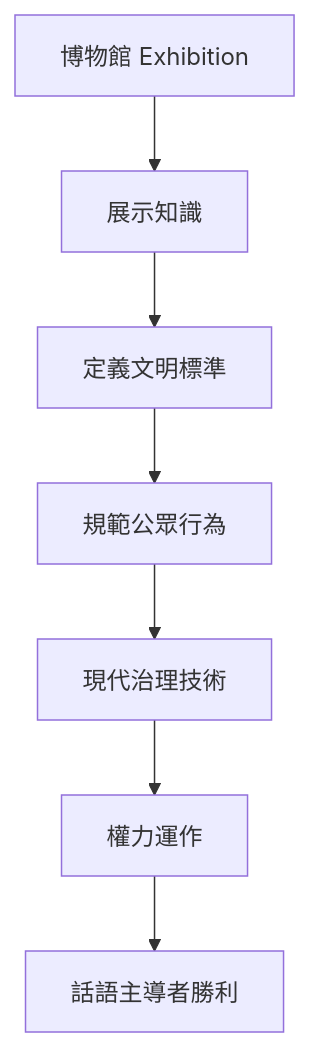
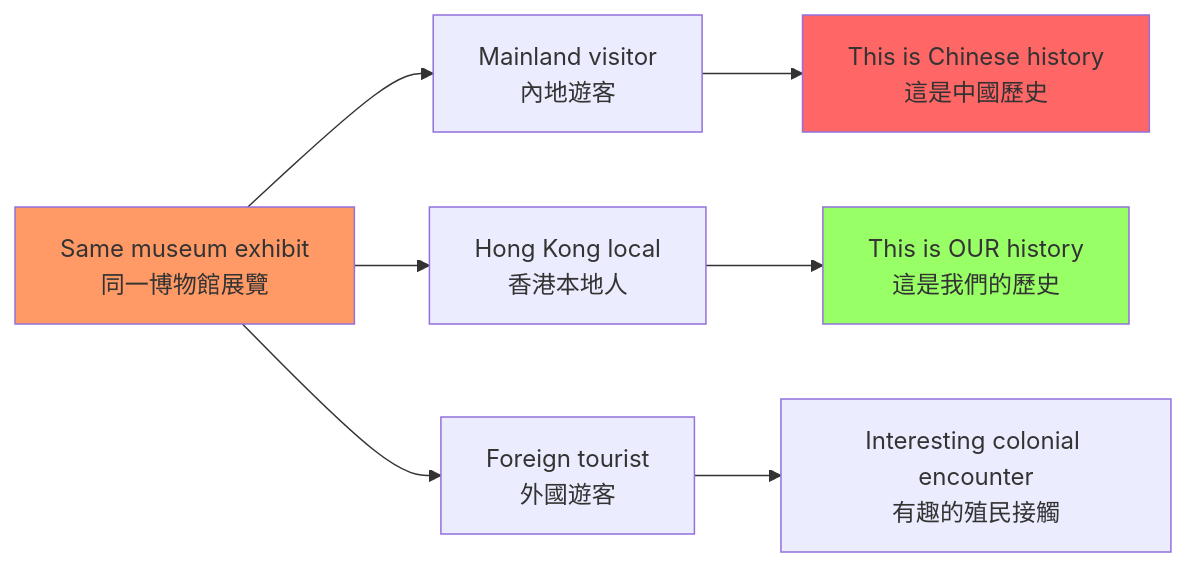
Before and after one commit to yip-lgtm/HKU-Harvard-History-Self-Study: the third of 5 diagrams in 01_HKU_Courses/HIST4033_Museum_and_History.md, drawn with Mermaid. The commit also changed other lines of this file and 25 other files, not shown here.

````diff
--- a/01_HKU_Courses/HIST4033_Museum_and_History.md
+++ b/01_HKU_Courses/HIST4033_Museum_and_History.md
@@ -165,9 +152,14 @@
 ```mermaid
-flowchart TD
-    A[博物館 Exhibition] --> B[展示知識]
-    B --> C[定義文明標準]
-    C --> D[規範公眾行為]
-    D --> E[現代治理技術]
-    E --> F[權力運作]
-    F --> G[話語主導者勝利]
+graph LR
+    A[Same museum exhibit<br/>同一博物館展覽] --> B[Mainland visitor<br/>內地遊客]
+    A --> C[Hong Kong local<br/>香港本地人]
+    A --> D[Foreign tourist<br/>外國遊客]
+    
+    B --> B1["This is Chinese history"<br/>這是中國歷史]
+    C --> C1["This is OUR history"<br/>這是我們的歷史]
+    D --> D1["Interesting colonial encounter"<br/>有趣的殖民接觸]
+    
+    style A fill:#f96
+    style B1 fill:#f66
+    style C1 fill:#9f6
 ```
````
